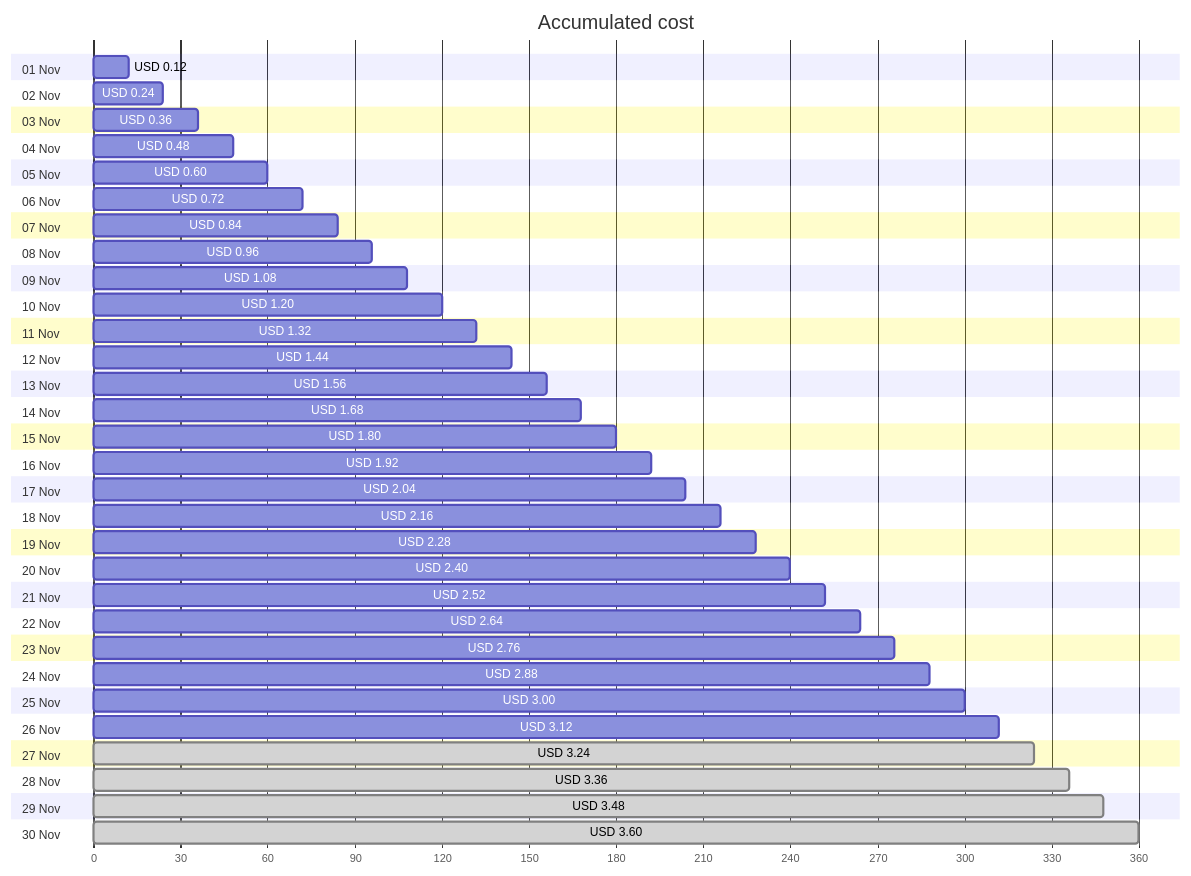
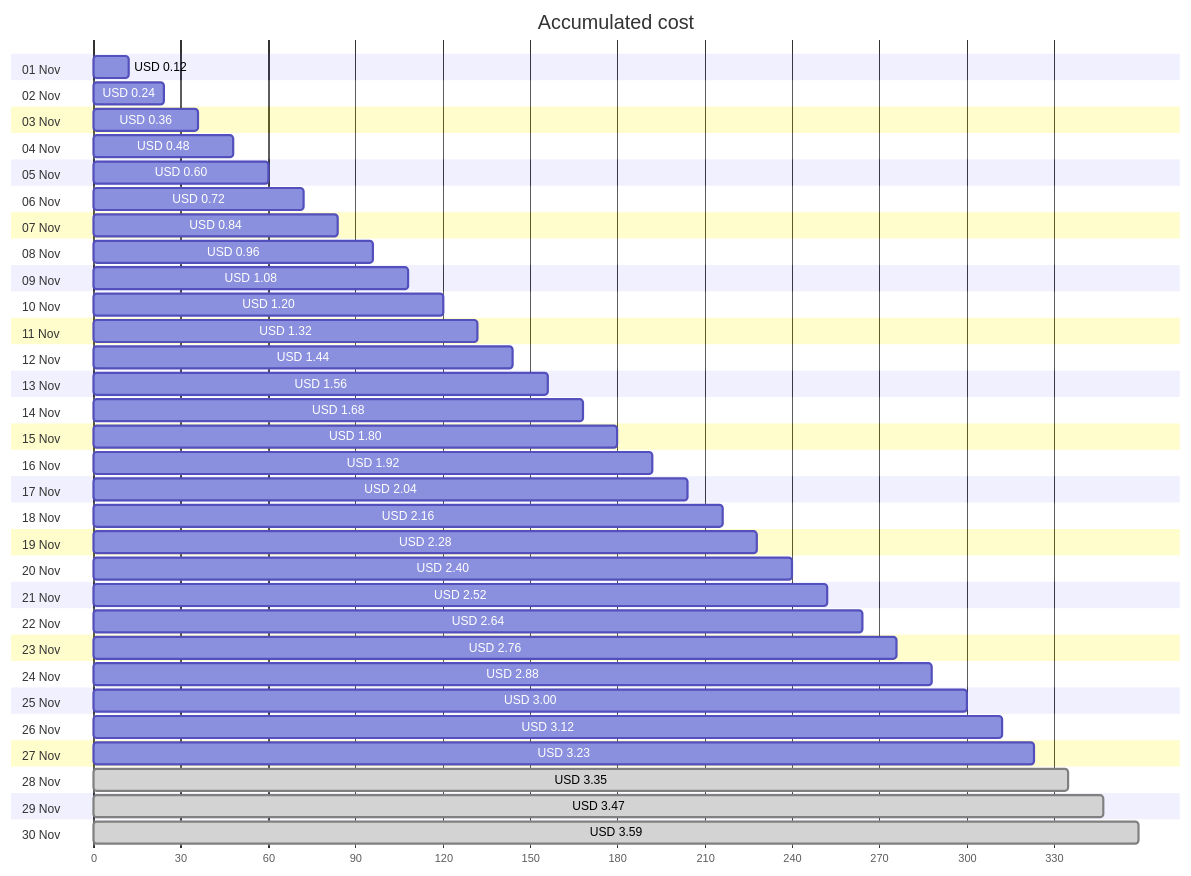
One commit to jpfulton/azure-personal-reports changed the first of 4 diagrams in cost-reports/personal-network/backup-server-public-ip.md. Above: the diagram before and after it, drawn with Mermaid. The commit also changed other lines of this file and 8 other files, not shown here.

````diff
--- a/cost-reports/personal-network/backup-server-public-ip.md
+++ b/cost-reports/personal-network/backup-server-public-ip.md
@@ -20,66 +20,66 @@
 ```mermaid
 gantt
    title Accumulated cost
    dateFormat  X
    axisFormat %s
    section 01 Nov
    USD 0.12 :0, 12
    section 02 Nov
    USD 0.24 :0, 24
    section 03 Nov
    USD 0.36 :0, 36
    section 04 Nov
    USD 0.48 :0, 48
    section 05 Nov
    USD 0.60 :0, 60
    section 06 Nov
    USD 0.72 :0, 72
    section 07 Nov
    USD 0.84 :0, 84
    section 08 Nov
    USD 0.96 :0, 96
    section 09 Nov
    USD 1.08 :0, 108
    section 10 Nov
    USD 1.20 :0, 120
    section 11 Nov
    USD 1.32 :0, 132
    section 12 Nov
    USD 1.44 :0, 144
    section 13 Nov
    USD 1.56 :0, 156
    section 14 Nov
    USD 1.68 :0, 168
    section 15 Nov
    USD 1.80 :0, 180
    section 16 Nov
    USD 1.92 :0, 192
    section 17 Nov
    USD 2.04 :0, 204
    section 18 Nov
    USD 2.16 :0, 216
    section 19 Nov
    USD 2.28 :0, 228
    section 20 Nov
    USD 2.40 :0, 240
    section 21 Nov
    USD 2.52 :0, 252
    section 22 Nov
    USD 2.64 :0, 264
    section 23 Nov
    USD 2.76 :0, 276
    section 24 Nov
    USD 2.88 :0, 288
    section 25 Nov
    USD 3.00 :0, 300
    section 26 Nov
    USD 3.12 :0, 312
    section 27 Nov
-   USD 3.24 : done, 0, 324
+   USD 3.23 :0, 323
    section 28 Nov
-   USD 3.36 : done, 0, 336
+   USD 3.35 : done, 0, 335
    section 29 Nov
-   USD 3.48 : done, 0, 348
+   USD 3.47 : done, 0, 347
    section 30 Nov
-   USD 3.60 : done, 0, 360
+   USD 3.59 : done, 0, 359
 ```
````
